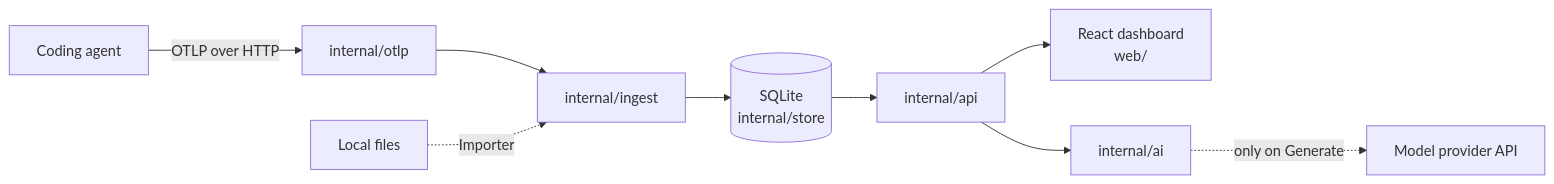
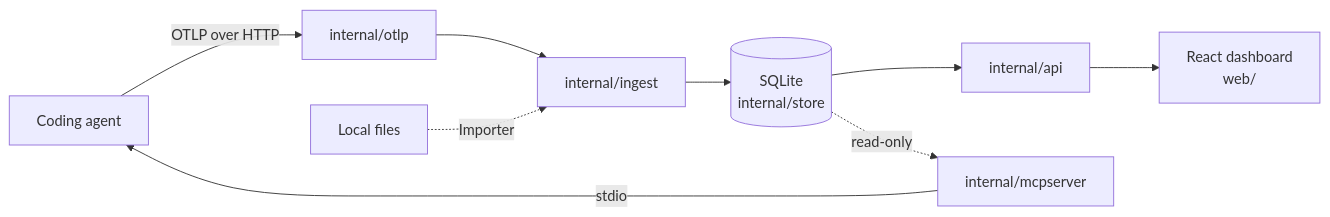
One commit to infrapalhq/infrapal-token-advisor changed the diagram in docs/ARCHITECTURE.md. Above: the diagram before and after it, drawn with Mermaid. The commit also changed other lines of this file and 45 other files, not shown here.

````diff
--- a/docs/ARCHITECTURE.md
+++ b/docs/ARCHITECTURE.md
@@ -8,11 +8,11 @@
 ```mermaid
 flowchart LR
     A[Coding agent] -- OTLP over HTTP --> B[internal/otlp]
     B --> C[internal/ingest]
     I[Local files] -. Importer .-> C
     C --> D[(SQLite<br>internal/store)]
     D --> E[internal/api]
     E --> F[React dashboard<br>web/]
-    G[internal/ai] -. only on Generate .-> H[Model provider API]
-    E --> G
+    D -. read-only .-> G[internal/mcpserver]
+    G -- stdio --> A
 ```
````
